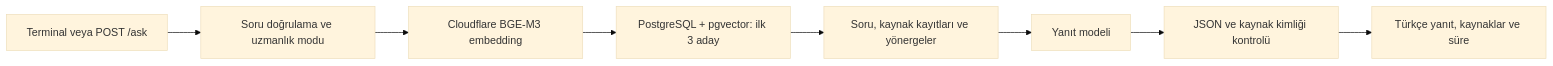
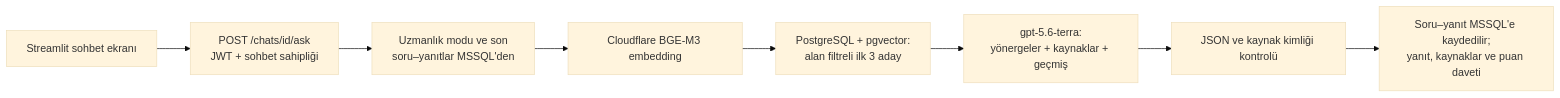
The diagram in README.md (eminenurkazan/ai-muhendis-chatbot), drawn with Mermaid (base theme) before and after one commit. The commit also changed other lines of this file and 3 other files, not shown here.

First line of the commit message:
docs: RAG akisi, ER, model secimi ve README'yi guncel sisteme esitle

````diff
--- a/README.md
+++ b/README.md
@@ -26,10 +38,10 @@
 ```mermaid
 flowchart LR
-    A[Terminal veya POST /ask] --> B[Soru doğrulama ve uzmanlık modu]
-    B --> C[Cloudflare BGE-M3 embedding]
-    C --> D[PostgreSQL + pgvector: ilk 3 aday]
-    D --> E[Soru, kaynak kayıtları ve yönergeler]
-    E --> F[Yanıt modeli]
+    A[Streamlit sohbet ekranı] --> B[POST /chats/id/ask<br/>JWT + sohbet sahipliği]
+    B --> C[Uzmanlık modu ve son<br/>soru–yanıtlar MSSQL'den]
+    C --> D[Cloudflare BGE-M3 embedding]
+    D --> E[PostgreSQL + pgvector:<br/>alan filtreli ilk 3 aday]
+    E --> F[gpt-5.6-terra:<br/>yönergeler + kaynaklar + geçmiş]
     F --> G[JSON ve kaynak kimliği kontrolü]
-    G --> H[Türkçe yanıt, kaynaklar ve süre]
+    G --> H[Soru–yanıt MSSQL'e kaydedilir;<br/>yanıt, kaynaklar ve puan daveti]
 ```
````
